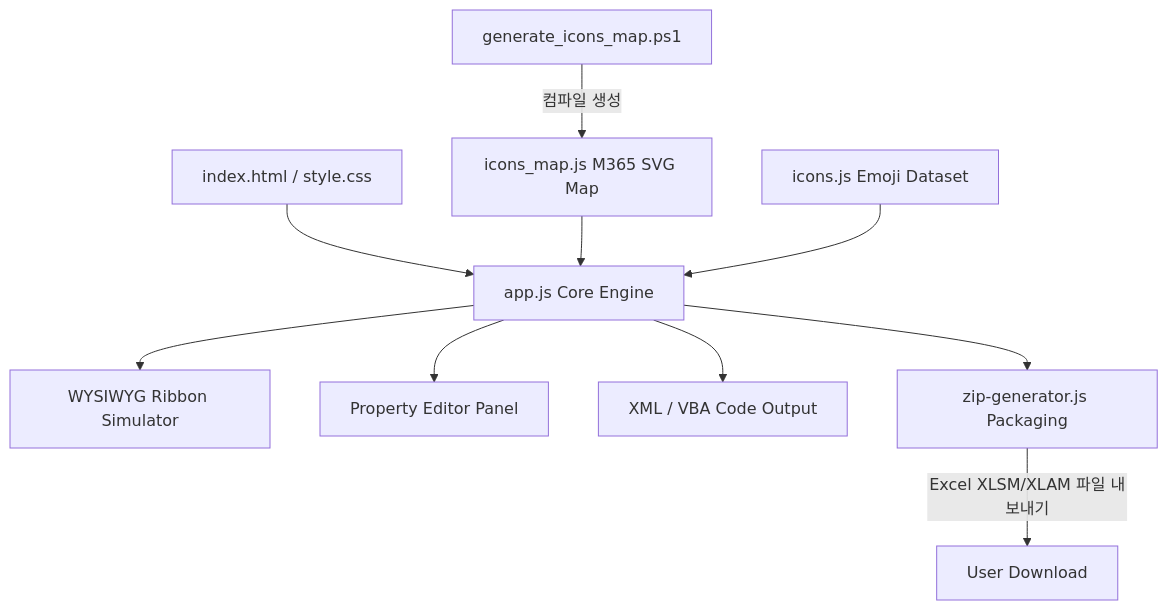
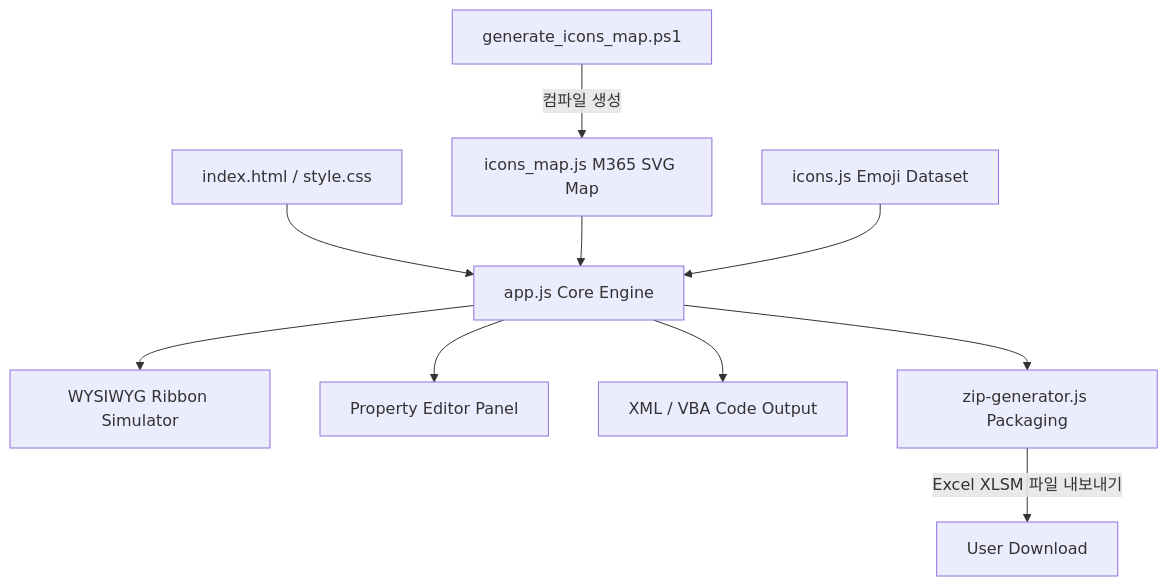
One commit to devandrew7/ExcelRibbonCreator changed the diagram in PLANNING.md. Above: the diagram before and after it, drawn with Mermaid. The commit also changed other lines of this file and 5 other files, not shown here.

````diff
--- a/PLANNING.md
+++ b/PLANNING.md
@@ -55,12 +60,12 @@
 ```mermaid
 graph TD
     A[index.html / style.css] --> B[app.js Core Engine]
     C[icons_map.js M365 SVG Map] --> B
     D[icons.js Emoji Dataset] --> B
     E[generate_icons_map.ps1] -- 컴파일 생성 --> C
     B --> F[WYSIWYG Ribbon Simulator]
     B --> G[Property Editor Panel]
     B --> H[XML / VBA Code Output]
     B --> I[zip-generator.js Packaging]
-    I -- Excel XLSM/XLAM 파일 내보내기 --> J[User Download]
+    I -- Excel XLSM 파일 내보내기 --> J[User Download]
 ```
````
